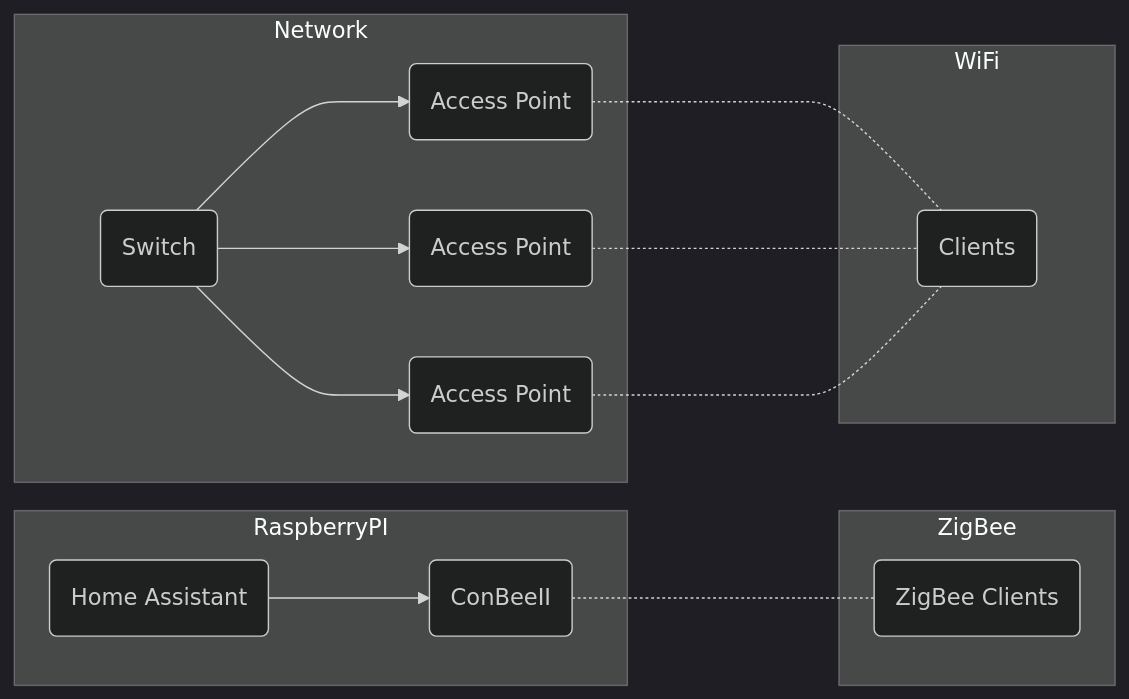
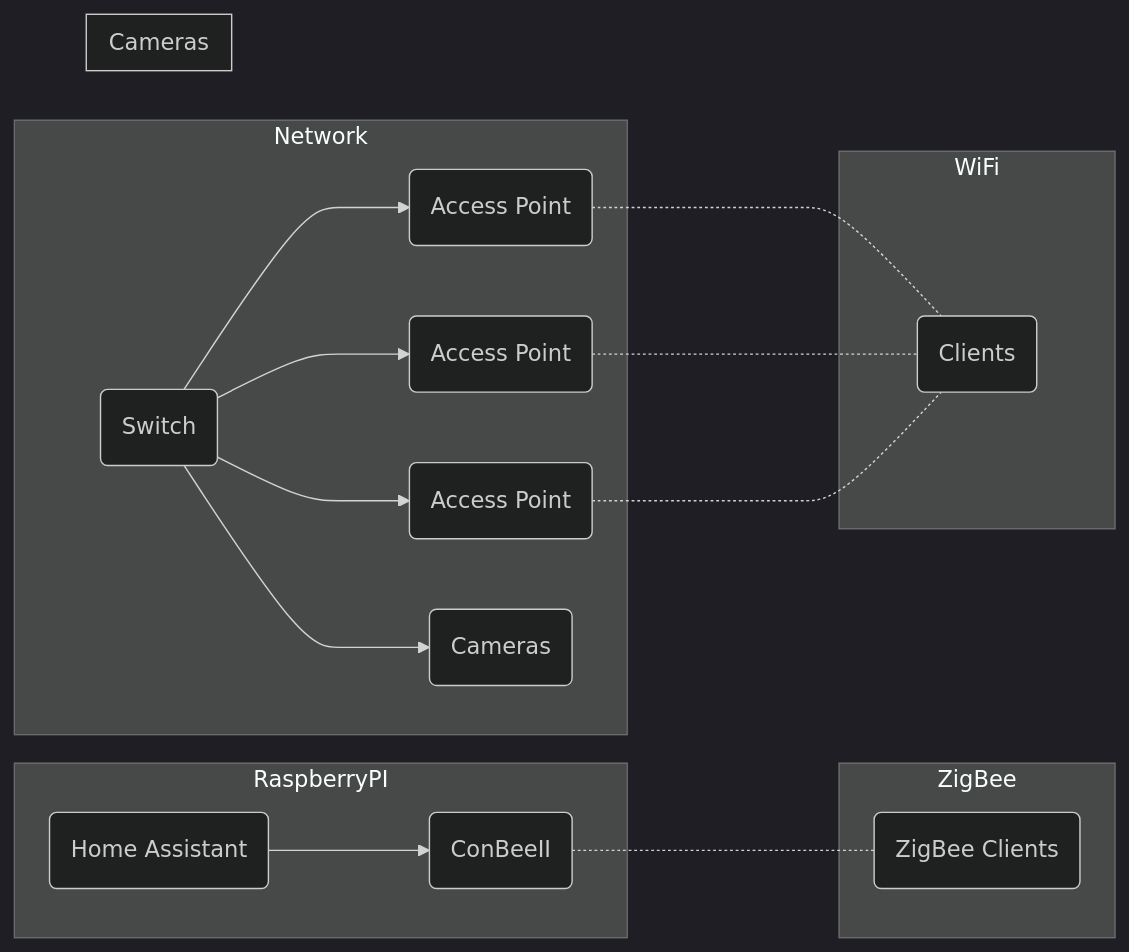
Before and after one commit to rangulvers/Homeautomation: the diagram in README.md, drawn with Mermaid (dark theme).

````diff
--- a/README.md
+++ b/README.md
@@ -60,19 +60,23 @@
 ```mermaid
     flowchart LR
         subgraph RaspberryPI
         ha1(Home Assistant) ---> ha2(ConBeeII)
         end
         subgraph ZigBee
         ha2 -...- zb1c(ZigBee Clients)
         end
         subgraph Network
         net1(Switch) ---> net2(Access Point)
         net1(Switch) ---> net3(Access Point)
         net1(Switch) ---> net4(Access Point)
+        net1(Switch) ---> cam1(Cameras)
+        end
+        subgraph Cameras
+        cam1
         end
         subgraph WiFi
         net2 -...- wifi1(Clients)
         net3 -...- wifi1(Clients)
         net4 -...- wifi1(Clients)
         end
 ```
````
